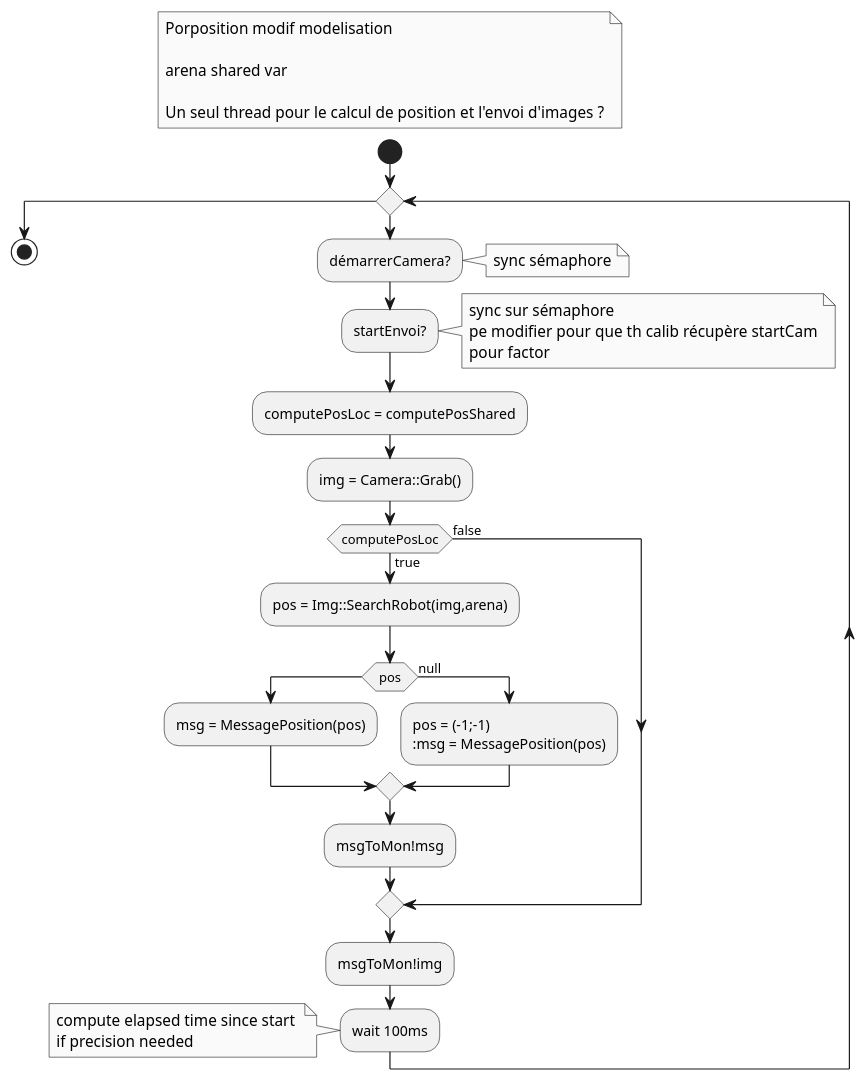
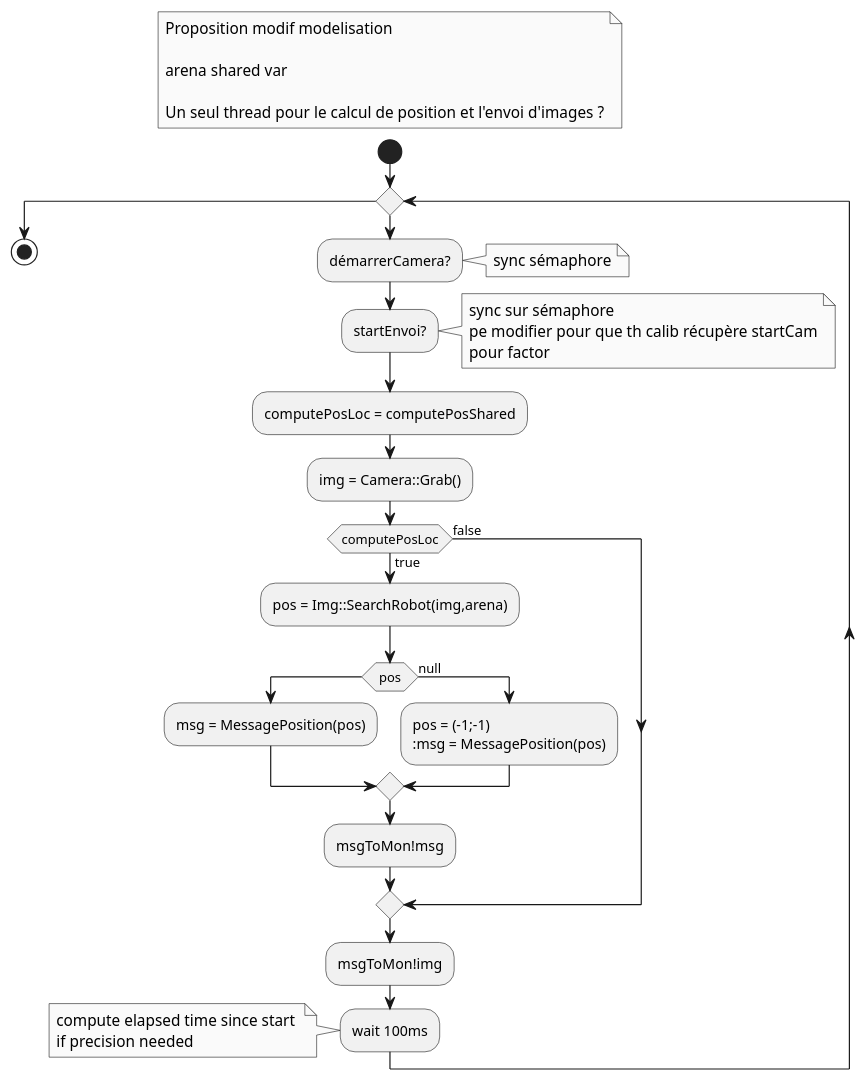
The diagram in diags/th_compute position_mod.puml (Bobillot/BE_Temps_Reel), drawn with PlantUML before and after one commit.

```diff
--- a/diags/th_compute position_mod.puml
+++ b/diags/th_compute position_mod.puml
@@ -1,58 +1,58 @@
 @startuml th_get_image_mod
 
 skinparam monochrome true
 
 floating note left  
-    Porposition modif modelisation
+    Proposition modif modelisation
 
     arena shared var 
 
     Un seul thread pour le calcul de position et l'envoi d'images ?
 end note
 
 start
 
 while ( )
 
     :démarrerCamera?;
     note right: sync sémaphore
     
     :startEnvoi?;
     note right 
         sync sur sémaphore 
         pe modifier pour que th calib récupère startCam
         pour factor
     end note
 
     :computePosLoc = computePosShared;
 
     
     :img = Camera::Grab();
 
     if (computePosLoc) then (true)
         'partition computePos {
             :pos = Img::SearchRobot(img,arena);
             if (pos) then 
                 :msg = MessagePosition(pos);
             else (null)
                 :pos = (-1;-1)
                 :msg = MessagePosition(pos);
             endif
             :msgToMon!msg;
         '}
     else (false)
 
     endif
 
     :msgToMon!img;   
 
     :wait 100ms; 
     note
         compute elapsed time since start 
         if precision needed
     end note
 endwhile
 
 stop
 
 @enduml
```
